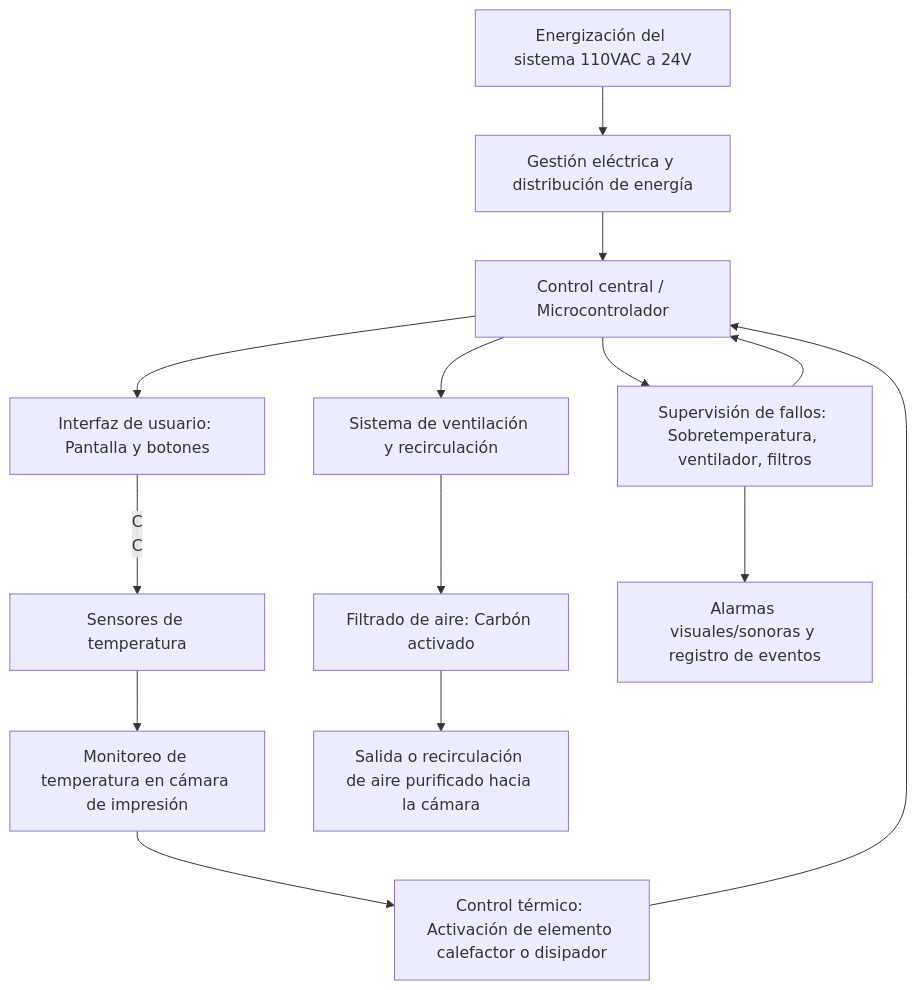
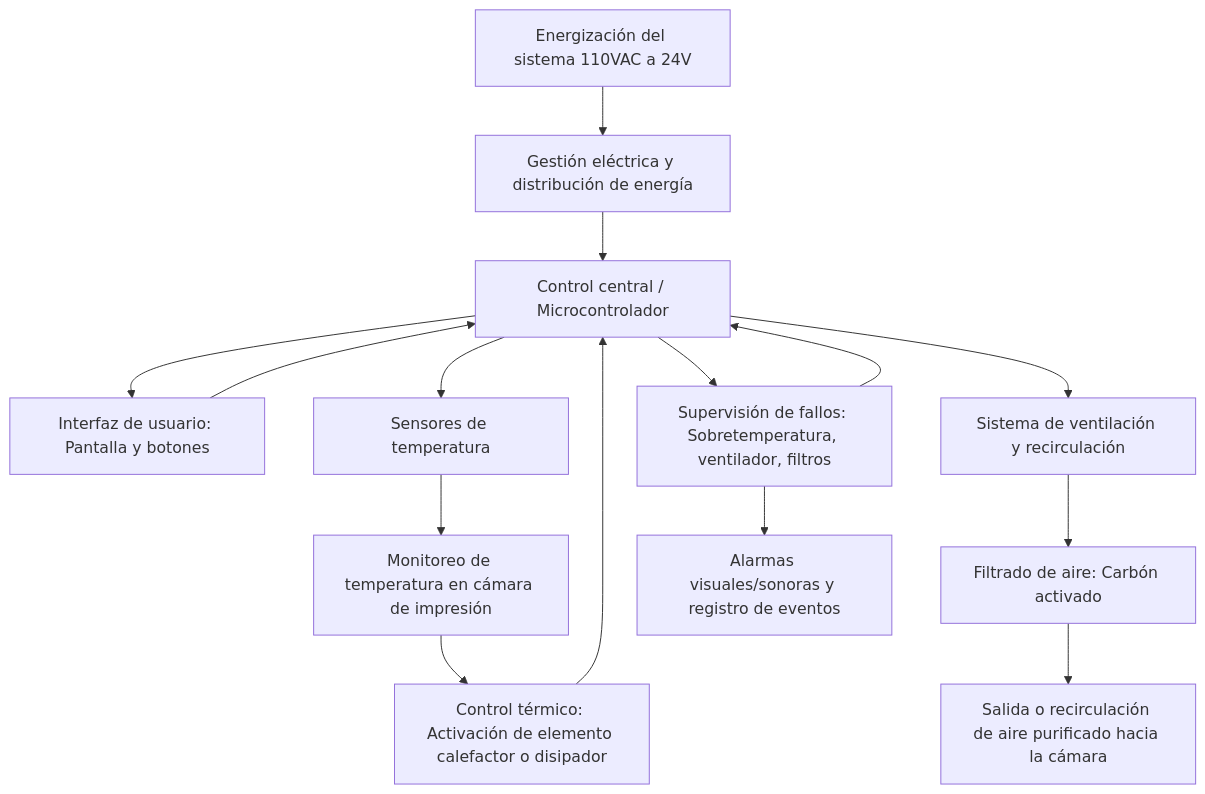
Before and after one commit to isamendo17/Proyecto_final_robotica: the second of 2 diagrams in README.md, drawn with Mermaid.

Commit message:
Fix arrow direction in README diagram

````diff
--- a/README.md
+++ b/README.md
@@ -51,25 +51,25 @@
 ```mermaid
 flowchart TD
     A[Energización del sistema 110VAC a 24V] --> B[Gestión eléctrica y distribución de energía]
     B --> C[Control central / Microcontrolador]
     
     %% Sensores e interfaz
     C --> D[Interfaz de usuario: Pantalla y botones]
-    D -- C
+    D --> C
     C --> E[Sensores de temperatura]
     
     %% Control térmico
     E --> F[Monitoreo de temperatura en cámara de impresión]
     F --> G[Control térmico: Activación de elemento calefactor o disipador]
     G --> C
     
     %% Purificación de aire
     C --> H[Sistema de ventilación y recirculación]
     H --> I[Filtrado de aire: Carbón activado]
     I --> J[Salida o recirculación de aire purificado hacia la cámara]
     
     %% Seguridad y alarmas
     C --> K[Supervisión de fallos: Sobretemperatura, ventilador, filtros]
     K --> C
     K --> L[Alarmas visuales/sonoras y registro de eventos]
 ```
````
